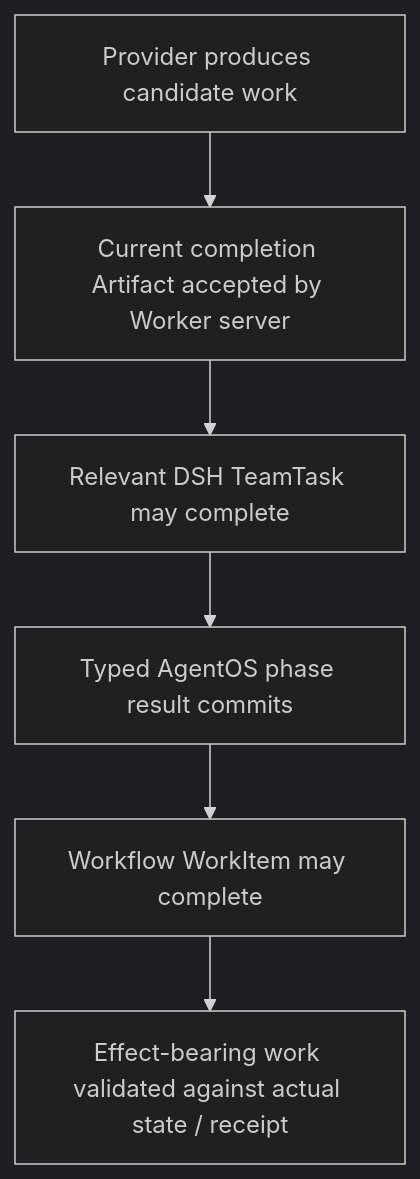
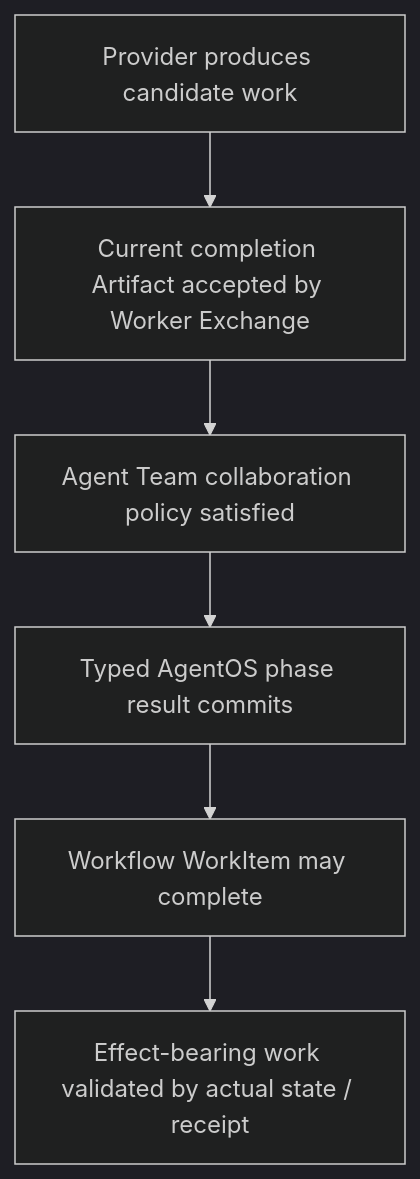
Before and after one commit to tsuuanmi/AgentOS: the sixth of 6 diagrams in docs/architecture/README.md, drawn with Mermaid (dark theme). The commit also changed other lines of this file, not shown here.

Commit message:
docs: make plugins and Worker providers canonical

```diff
--- a/docs/architecture/README.md
+++ b/docs/architecture/README.md
@@ -240,12 +336,12 @@
 ~~~mermaid
 flowchart TB
-    PE[Provider produces candidate work]
-    CA[Current completion Artifact accepted by Worker server]
-    TT[Relevant DSH TeamTask may complete]
-    PR[Typed AgentOS phase result commits]
-    WW[Workflow WorkItem may complete]
-    EE[Effect-bearing work validated against actual state / receipt]
+    OUT[Provider produces candidate work]
+    ART[Current completion Artifact accepted by Worker Exchange]
+    TEAM[Agent Team collaboration policy satisfied]
+    RESULT[Typed AgentOS phase result commits]
+    WORK[Workflow WorkItem may complete]
+    EFFECT[Effect-bearing work validated by actual state / receipt]
 
-    PE --> CA --> TT --> PR --> WW
-    WW --> EE
+    OUT --> ART --> TEAM --> RESULT --> WORK
+    WORK --> EFFECT
 ~~~
```
